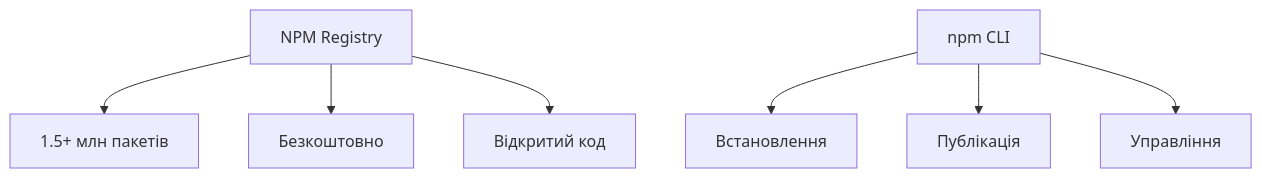
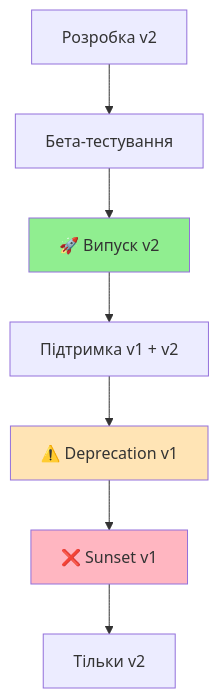
Before and after one commit to olroi421/course-web: the eighth of 8 diagrams in presentations/presentation-03.md, drawn with Mermaid. The commit also changed other lines of this file and 10 other files, not shown here.

````diff
--- a/presentations/presentation-03.md
+++ b/presentations/presentation-03.md
@@ -116,10 +522,13 @@
 ```mermaid
-graph TB
-    A[NPM Registry] --> B[1.5+ млн пакетів]
-    A --> C[Безкоштовно]
-    A --> D[Відкритий код]
+graph TD
+    A[Розробка v2] --> B[Бета-тестування]
+    B --> C[🚀 Випуск v2]
+    C --> D[Підтримка v1 + v2]
+    D --> E[⚠️ Deprecation v1]
+    E --> F[❌ Sunset v1]
+    F --> G[Тільки v2]
 
-    E[npm CLI] --> F[Встановлення]
-    E --> G[Публікація]
-    E --> H[Управління]
+    style C fill:#90EE90
+    style E fill:#FFE4B5
+    style F fill:#FFB6C1
 ```
````
